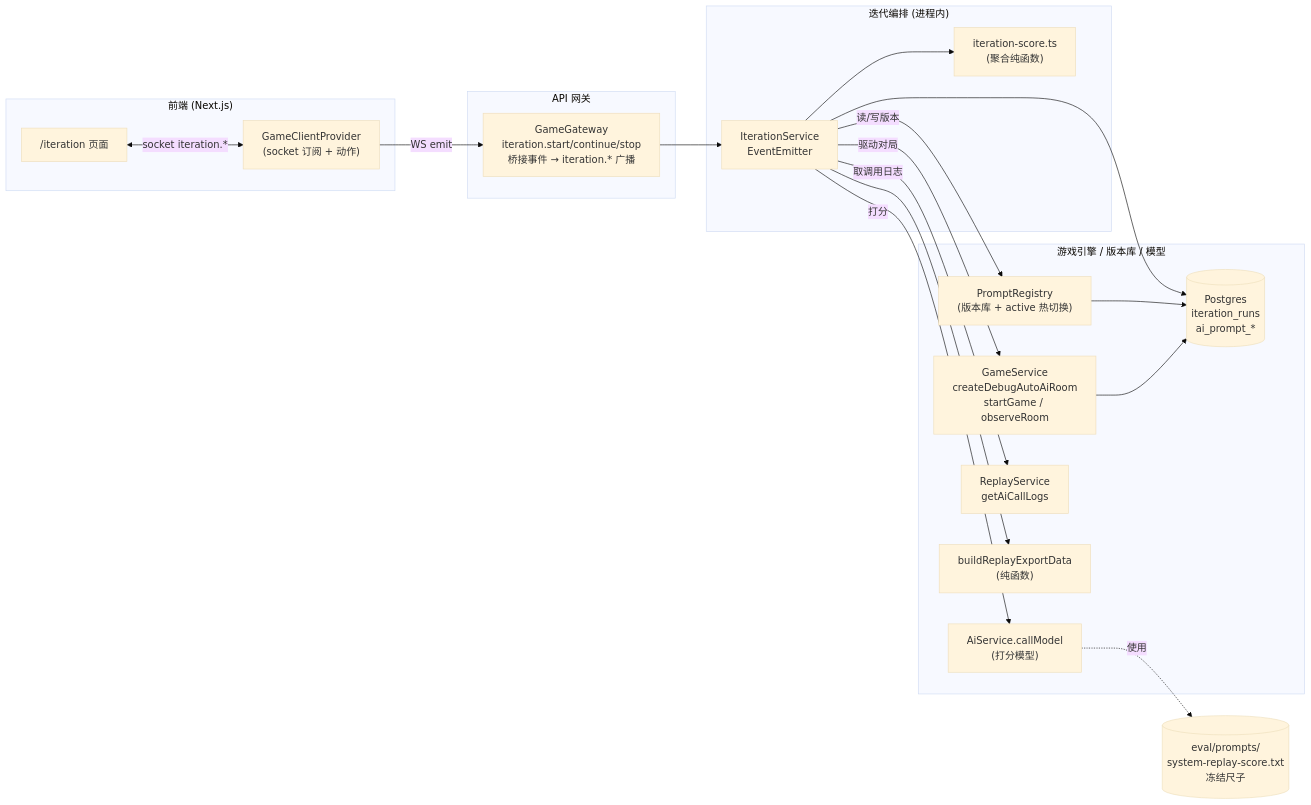
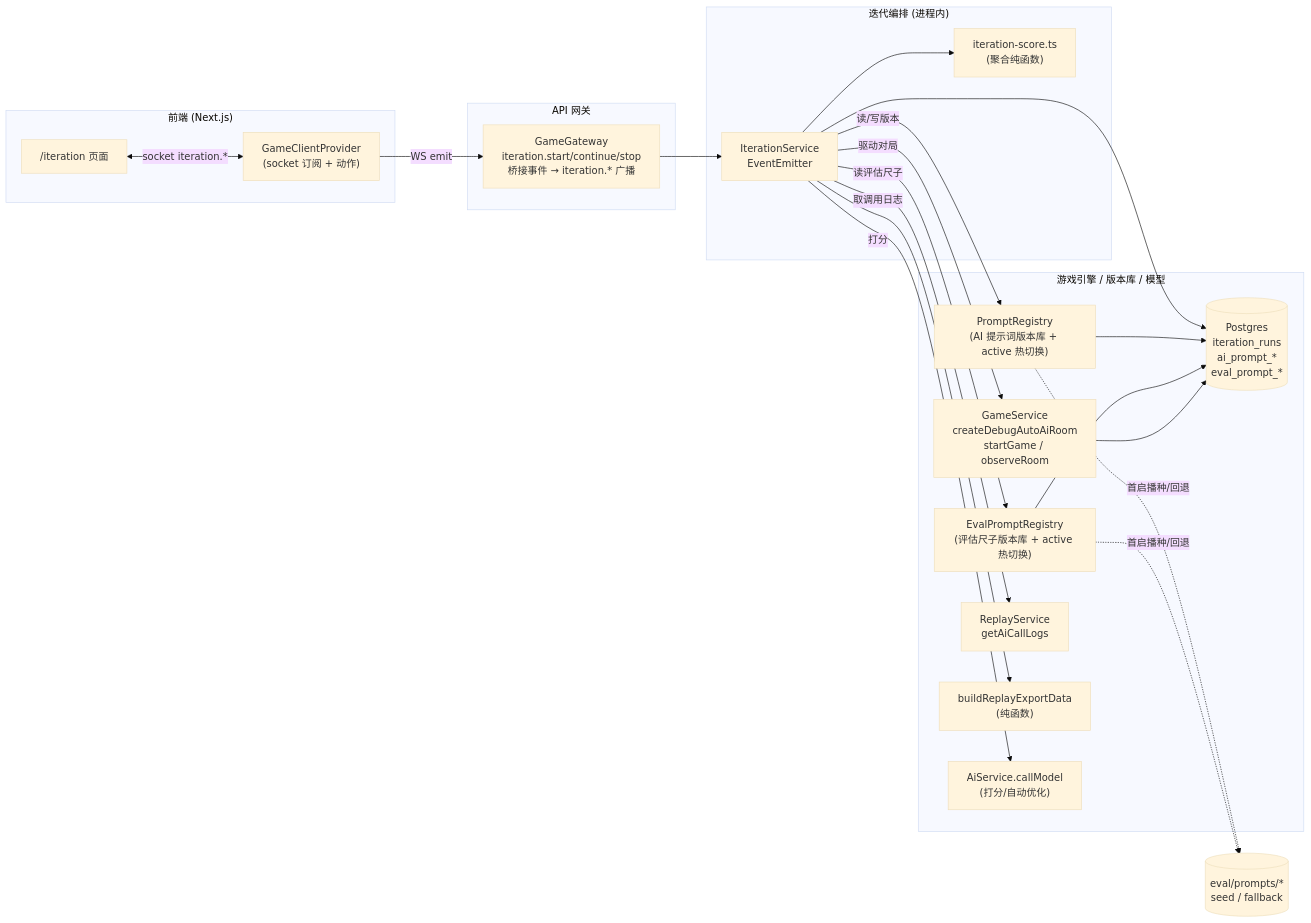
One commit to zhoutaoz99/who-is-the-ai changed the first of 7 diagrams in docs/ai-iteration/AI-Prompt-Eval-Flow.md. Above: the diagram before and after it, drawn with Mermaid (base theme). The commit also changed other lines of this file and 16 other files, not shown here.

````diff
--- a/docs/ai-iteration/AI-Prompt-Eval-Flow.md
+++ b/docs/ai-iteration/AI-Prompt-Eval-Flow.md
@@ -24,41 +24,45 @@
 ```mermaid
 flowchart LR
   subgraph 前端["前端 (Next.js)"]
     PAGE["/iteration 页面"]
     PROVIDER["GameClientProvider<br/>(socket 订阅 + 动作)"]
   end
 
   subgraph 网关["API 网关"]
     GW["GameGateway<br/>iteration.start/continue/stop<br/>桥接事件 → iteration.* 广播"]
   end
 
   subgraph 编排["迭代编排 (进程内)"]
     ITER["IterationService<br/>EventEmitter"]
     SCORE["iteration-score.ts<br/>(聚合纯函数)"]
   end
 
   subgraph 引擎与数据["游戏引擎 / 版本库 / 模型"]
     GAME["GameService<br/>createDebugAutoAiRoom<br/>startGame / observeRoom"]
-    REG["PromptRegistry<br/>(版本库 + active 热切换)"]
+    REG["PromptRegistry<br/>(AI 提示词版本库 + active 热切换)"]
+    EREG["EvalPromptRegistry<br/>(评估尺子版本库 + active 热切换)"]
     REPLAY["ReplayService<br/>getAiCallLogs"]
     EXPORT["buildReplayExportData<br/>(纯函数)"]
-    AI["AiService.callModel<br/>(打分模型)"]
-    DB[("Postgres<br/>iteration_runs<br/>ai_prompt_*")]
+    AI["AiService.callModel<br/>(打分/自动优化)"]
+    DB[("Postgres<br/>iteration_runs<br/>ai_prompt_*<br/>eval_prompt_*")]
   end
 
-  SCORER[("eval/prompts/<br/>system-replay-score.txt<br/>冻结尺子")]
+  SEED[("eval/prompts/*<br/>seed / fallback")]
 
   PAGE <-->|socket iteration.*| PROVIDER
   PROVIDER -->|WS emit| GW
   GW --> ITER
   ITER -->|驱动对局| GAME
   ITER -->|读/写版本| REG
+  ITER -->|读评估尺子| EREG
   ITER -->|取调用日志| REPLAY
   ITER --> EXPORT
   ITER -->|打分| AI
-  AI -.使用.-> SCORER
   ITER --> SCORE
   ITER --> DB
   REG --> DB
+  EREG --> DB
   GAME --> DB
+  REG -.首启播种/回退.-> SEED
+  EREG -.首启播种/回退.-> SEED
 ```
````
